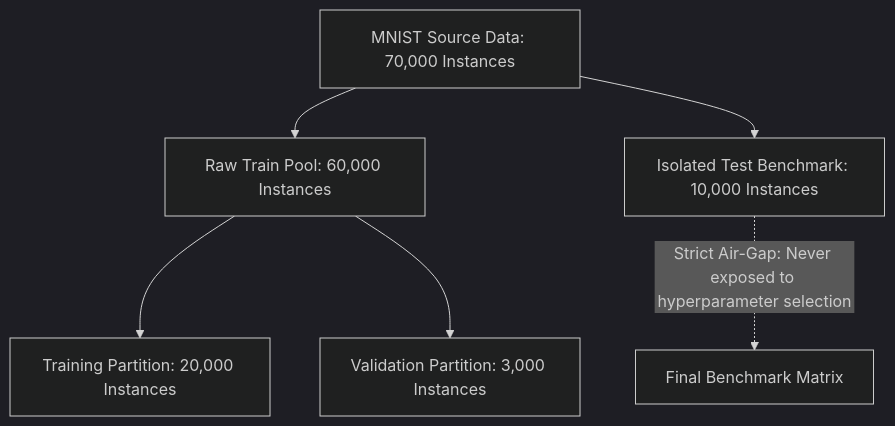
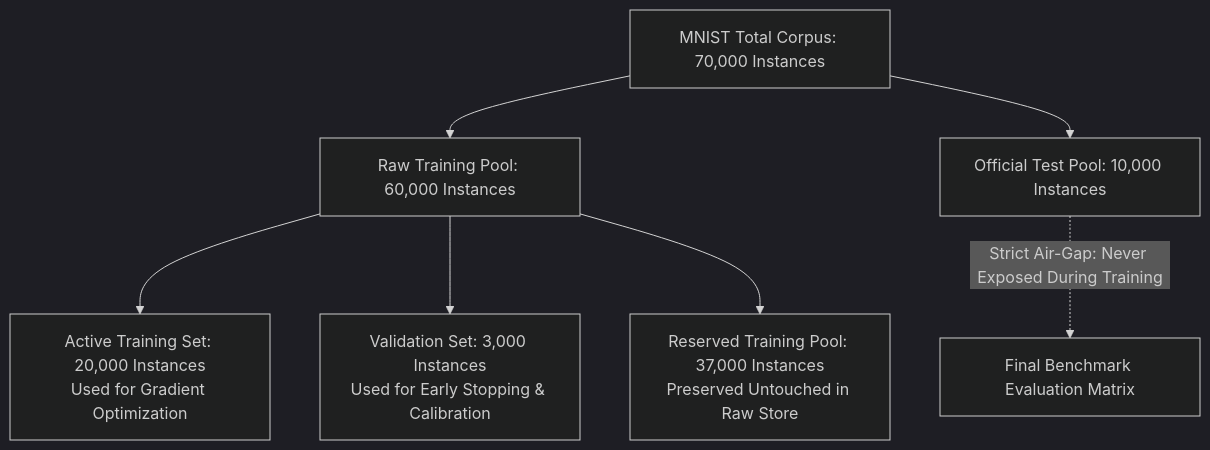
The diagram in docs/DATASET.md (tejassxo/DigitVision_ML), drawn with Mermaid (dark theme) before and after one commit. The commit also changed other lines of this file and 8 other files, not shown here.

````diff
--- a/docs/DATASET.md
+++ b/docs/DATASET.md
@@ -45,8 +59,9 @@
 ```mermaid
 graph TD
-    A[MNIST Source Data: 70,000 Instances] --> B[Raw Train Pool: 60,000 Instances]
-    A --> C[Isolated Test Benchmark: 10,000 Instances]
-    B --> D[Training Partition: 20,000 Instances]
-    B --> E[Validation Partition: 3,000 Instances]
-    C -.->|Strict Air-Gap: Never exposed to hyperparameter selection| F[Final Benchmark Matrix]
+    A[MNIST Total Corpus: 70,000 Instances] --> B[Raw Training Pool: 60,000 Instances]
+    A --> C[Official Test Pool: 10,000 Instances]
+    B --> D[Active Training Set: 20,000 Instances<br/>Used for Gradient Optimization]
+    B --> E[Validation Set: 3,000 Instances<br/>Used for Early Stopping & Calibration]
+    B --> F[Reserved Training Pool: 37,000 Instances<br/>Preserved Untouched in Raw Store]
+    C -.->|Strict Air-Gap: Never Exposed During Training| G[Final Benchmark Evaluation Matrix]
 ```
````
